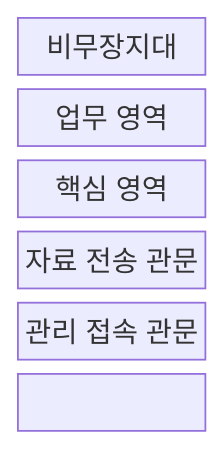
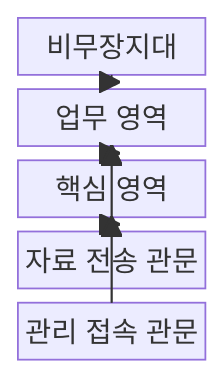
Before and after one commit to agnusdei1207/knowledge-base: the first of 2 diagrams in src/content/docs/notes/04-network/088_network_separation.md, drawn with Mermaid. The commit also changed other lines of this file and 20 other files, not shown here.

````diff
--- a/src/content/docs/notes/04-network/088_network_separation.md
+++ b/src/content/docs/notes/04-network/088_network_separation.md
@@ -52,11 +57,15 @@
 ```mermaid
 block-beta
     columns 1
     DMZ["비무장지대"]
     WORK["업무 영역"]
     CORE["핵심 영역"]
     DATA["자료 전송 관문"]
     ADMIN["관리 접속 관문"]
-    DMZ --- WORK --- CORE
-    CORE --- DATA --- ADMIN
+    DMZ --> WORK
+    WORK --> CORE
+    DATA --> WORK
+    DATA --> CORE
+    ADMIN --> WORK
+    ADMIN --> CORE
 ```
````
